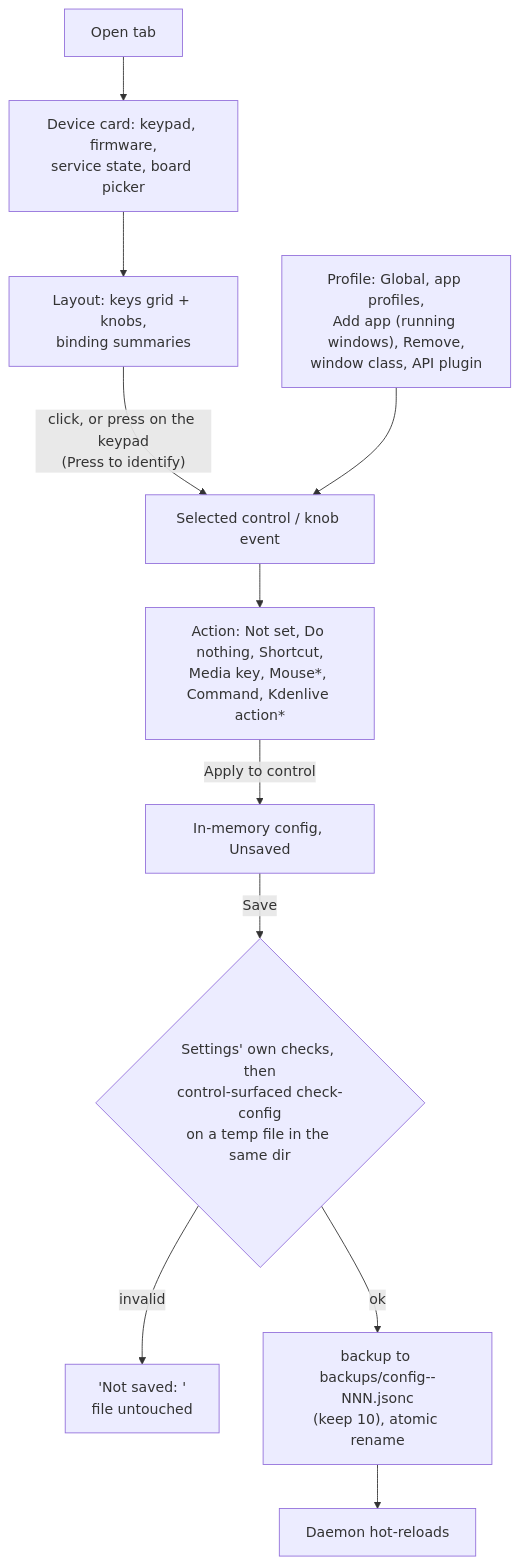
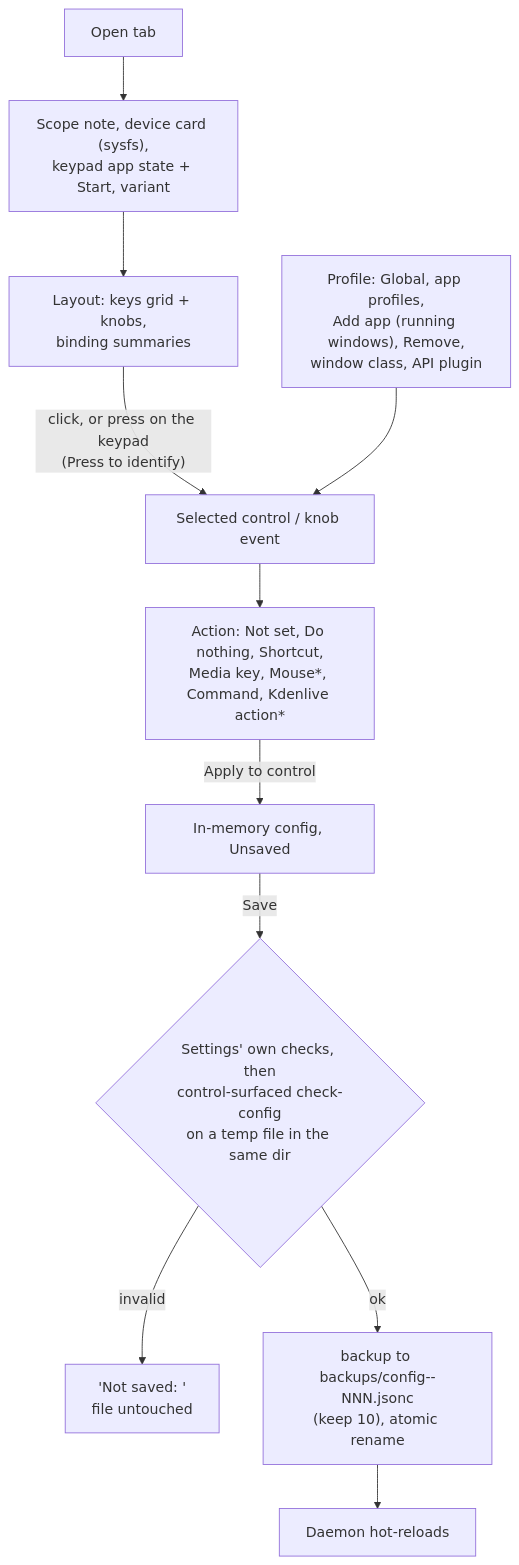
Before and after one commit to smpl-os/smplos: the second of 2 diagrams in KEYPAD.md, drawn with Mermaid. The commit also changed other lines of this file and 13 other files, not shown here.

````diff
--- a/KEYPAD.md
+++ b/KEYPAD.md
@@ -142,13 +188,13 @@
 ```mermaid
 flowchart TD
-  open[Open tab] --> status["Device card: keypad, firmware,\nservice state, board picker"]
+  open[Open tab] --> status["Scope note, device card (sysfs),\nkeypad app state + Start, variant"]
   status --> layout["Layout: keys grid + knobs,\nbinding summaries"]
   layout -- "click, or press on the keypad\n(Press to identify)" --> select[Selected control / knob event]
   select --> editor["Action: Not set, Do nothing, Shortcut,\nMedia key, Mouse*, Command, Kdenlive action*"]
   editor -- "Apply to control" --> dirty[In-memory config, Unsaved]
   profiles["Profile: Global, app profiles,\nAdd app (running windows), Remove,\nwindow class, API plugin"] --> select
   dirty -- Save --> validate{"Settings' own checks, then\ncontrol-surfaced check-config\non a temp file in the same dir"}
   validate -- invalid --> err["'Not saved: <daemon message>'\nfile untouched"]
   validate -- ok --> write["backup to backups/config-<time>-NNN.jsonc\n(keep 10), atomic rename"]
   write --> reload[Daemon hot-reloads]
 ```
````
